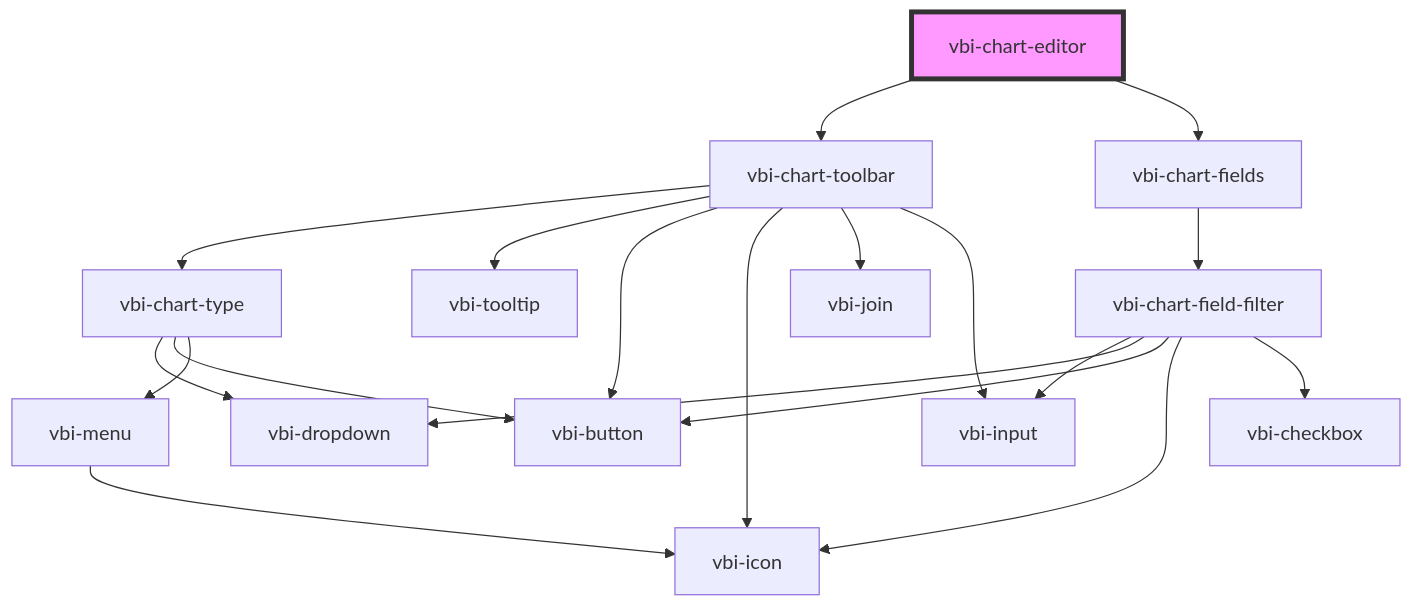
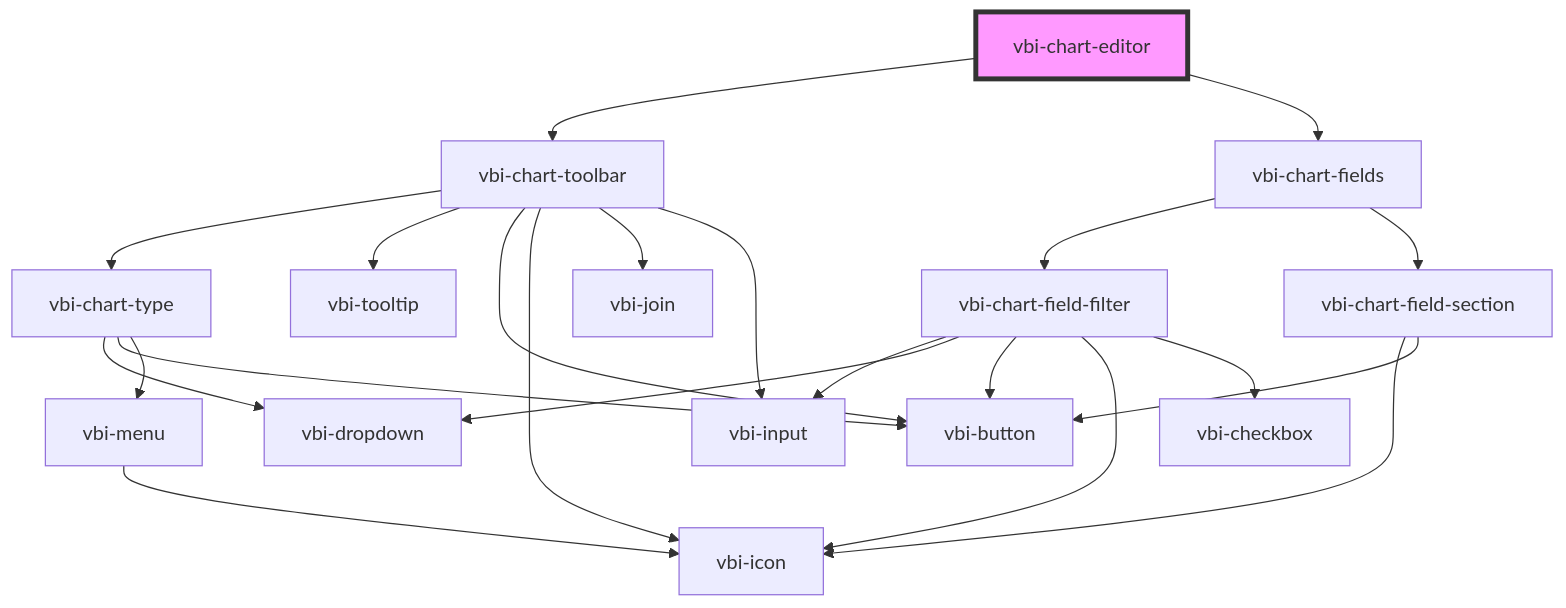
One commit to Ditto190/VBI-modme changed the diagram in packages/vbi-component/src/components/chart/vbi-chart-editor/readme.md. Above: the diagram before and after it, drawn with Mermaid. The commit also changed 17 other files, not shown here.

Commit message:
refactor(vbi-component): extract chart field section component and add translations

````diff
--- a/packages/vbi-component/src/components/chart/vbi-chart-editor/readme.md
+++ b/packages/vbi-component/src/components/chart/vbi-chart-editor/readme.md
@@ -16,22 +16,25 @@
 ```mermaid
 graph TD;
   vbi-chart-editor --> vbi-chart-toolbar
   vbi-chart-editor --> vbi-chart-fields
   vbi-chart-toolbar --> vbi-chart-type
   vbi-chart-toolbar --> vbi-tooltip
   vbi-chart-toolbar --> vbi-button
   vbi-chart-toolbar --> vbi-icon
   vbi-chart-toolbar --> vbi-join
   vbi-chart-toolbar --> vbi-input
   vbi-chart-type --> vbi-dropdown
   vbi-chart-type --> vbi-button
   vbi-chart-type --> vbi-menu
   vbi-menu --> vbi-icon
   vbi-chart-fields --> vbi-chart-field-filter
+  vbi-chart-fields --> vbi-chart-field-section
   vbi-chart-field-filter --> vbi-input
   vbi-chart-field-filter --> vbi-dropdown
   vbi-chart-field-filter --> vbi-button
   vbi-chart-field-filter --> vbi-icon
   vbi-chart-field-filter --> vbi-checkbox
+  vbi-chart-field-section --> vbi-icon
+  vbi-chart-field-section --> vbi-button
   style vbi-chart-editor fill:#f9f,stroke:#333,stroke-width:4px
 ```
````
